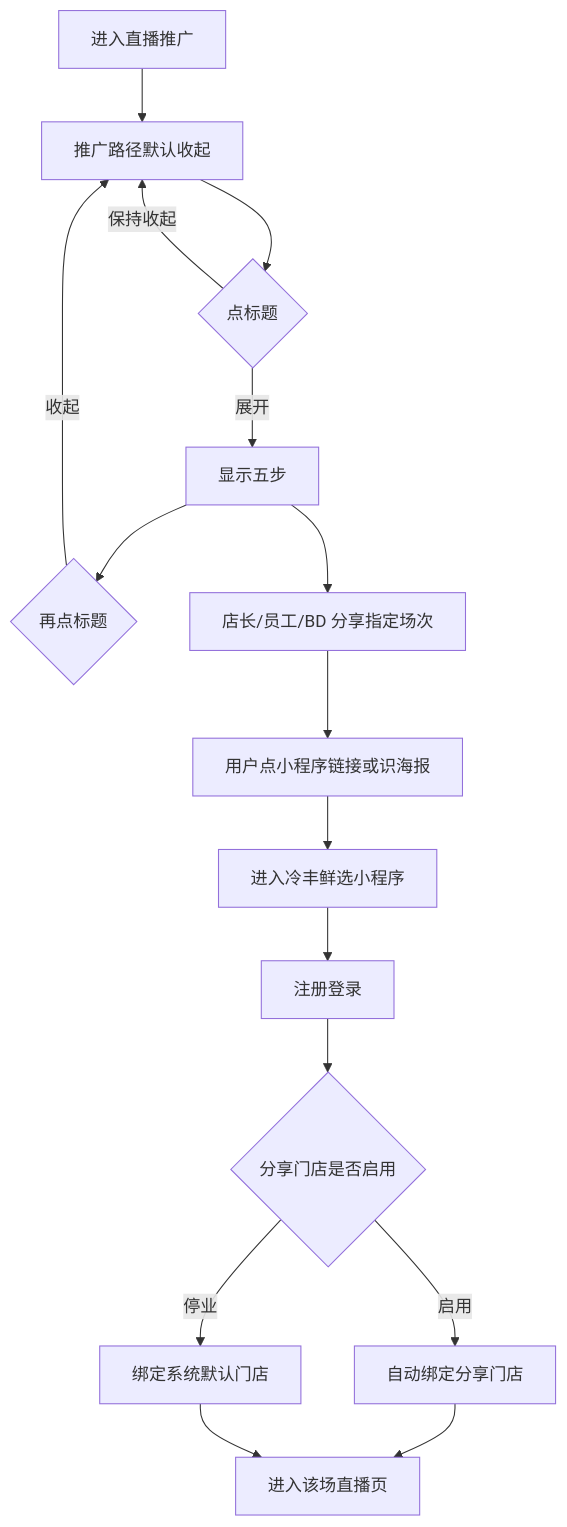
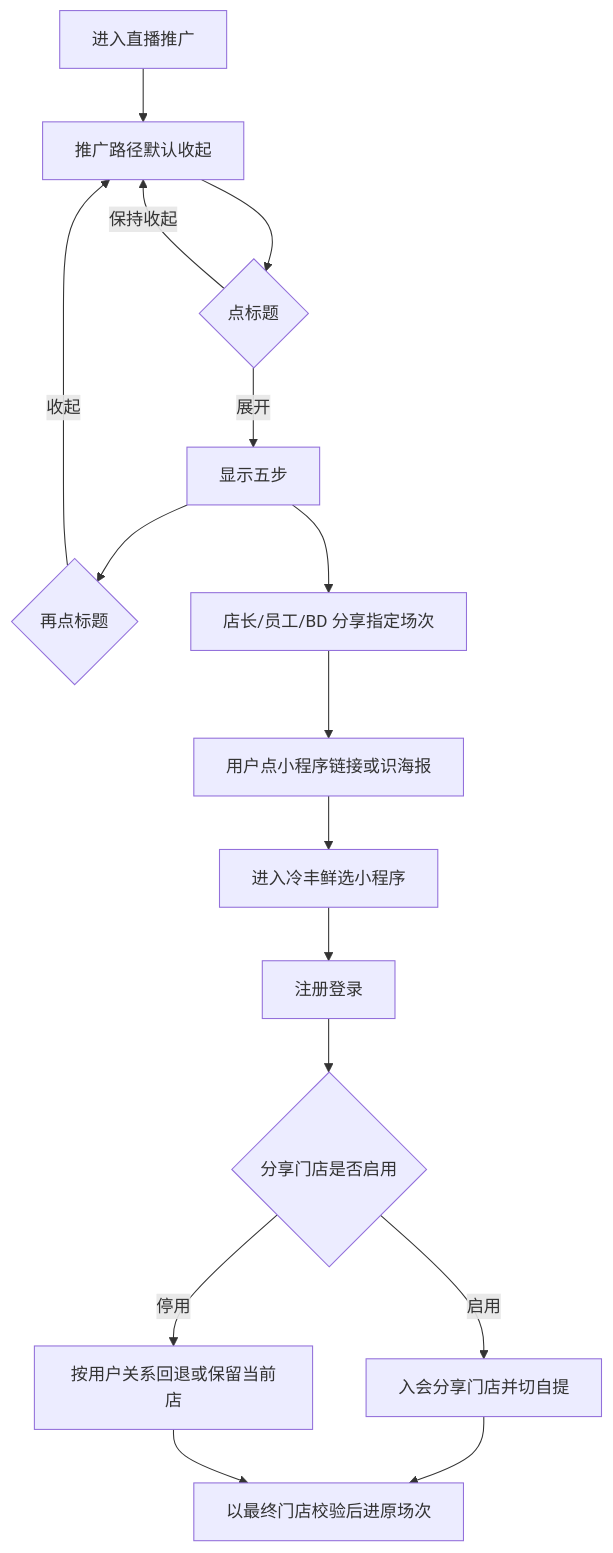
One commit to 342-droid/LFerp changed the fifth of 8 diagrams in prototype-prd/628-丰银宝支持通过分享冷丰鲜选直播场次链接绑定推广会员.md. Above: the diagram before and after it, drawn with Mermaid. The commit also changed other lines of this file and 18 other files, not shown here.

````diff
--- a/prototype-prd/628-丰银宝支持通过分享冷丰鲜选直播场次链接绑定推广会员.md
+++ b/prototype-prd/628-丰银宝支持通过分享冷丰鲜选直播场次链接绑定推广会员.md
@@ -363,18 +363,18 @@
 ```mermaid
 flowchart TD
   A[进入直播推广] --> B[推广路径默认收起]
   B --> C{点标题}
   C -->|展开| D[显示五步]
   C -->|保持收起| B
   D --> E{再点标题}
   E -->|收起| B
   D --> F[店长/员工/BD 分享指定场次]
   F --> G[用户点小程序链接或识海报]
   G --> H[进入冷丰鲜选小程序]
   H --> I[注册登录]
   I --> J{分享门店是否启用}
-  J -->|启用| K[自动绑定分享门店]
-  J -->|停业| L[绑定系统默认门店]
-  K --> M[进入该场直播页]
+  J -->|启用| K[入会分享门店并切自提]
+  J -->|停用| L[按用户关系回退或保留当前店]
+  K --> M[以最终门店校验后进原场次]
   L --> M
 ```
````
